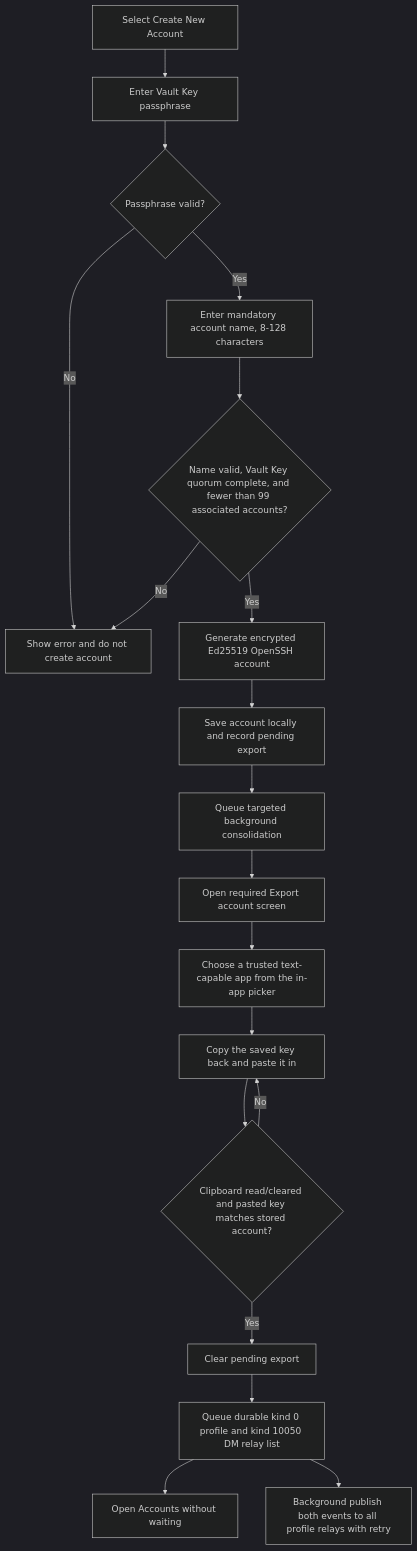
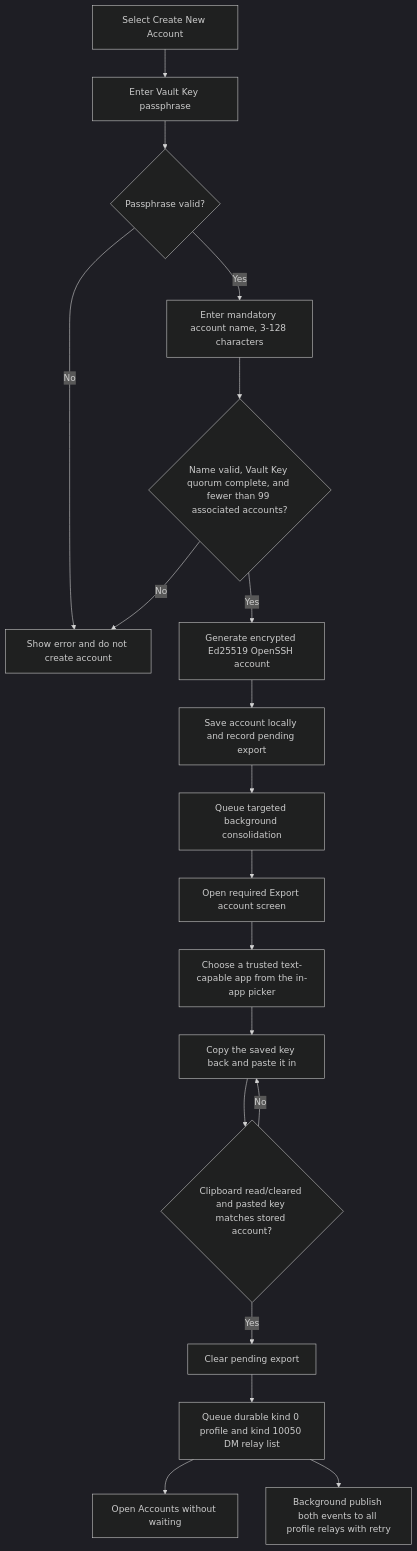
Before and after one commit to ZenTenApp/vault-kotlin: the third of 7 diagrams in docs/stakeholder/flowcharts.md, drawn with Mermaid (dark theme). The commit also changed 5 other files, not shown here.

Commit message:
feat(accounts): lower minimum account name length to 3 characters

````diff
--- a/docs/stakeholder/flowcharts.md
+++ b/docs/stakeholder/flowcharts.md
@@ -117,21 +117,21 @@
 ```mermaid
 flowchart TD
     Add["Select Create New Account"] --> EnterPassphrase["Enter Vault Key passphrase"]
     EnterPassphrase --> Verify{"Passphrase valid?"}
     Verify -->|No| Rejected["Show error and do not create account"]
-    Verify -->|Yes| EnterName["Enter mandatory account name, 8-128 characters"]
+    Verify -->|Yes| EnterName["Enter mandatory account name, 3-128 characters"]
     EnterName --> Check{"Name valid, Vault Key quorum complete, and fewer than 99 associated accounts?"}
     Check -->|No| Rejected
     Check -->|Yes| Generate["Generate encrypted Ed25519 OpenSSH account"]
     Generate --> Save["Save account locally and record pending export"]
     Save --> Queue["Queue targeted background consolidation"]
     Queue --> Export["Open required Export account screen"]
     Export --> Choose["Choose a trusted text-capable app from the in-app picker"]
     Choose --> Paste["Copy the saved key back and paste it in"]
     Paste --> Confirm{"Clipboard read/cleared and pasted key matches stored account?"}
     Confirm -->|No| Paste
     Confirm -->|Yes| Clear["Clear pending export"]
     Clear --> QueueProfile["Queue durable kind 0 profile and kind 10050 DM relay list"]
     QueueProfile --> Accounts["Open Accounts without waiting"]
     QueueProfile --> ProfileWorker["Background publish both events to all profile relays with retry"]
 ```
````
